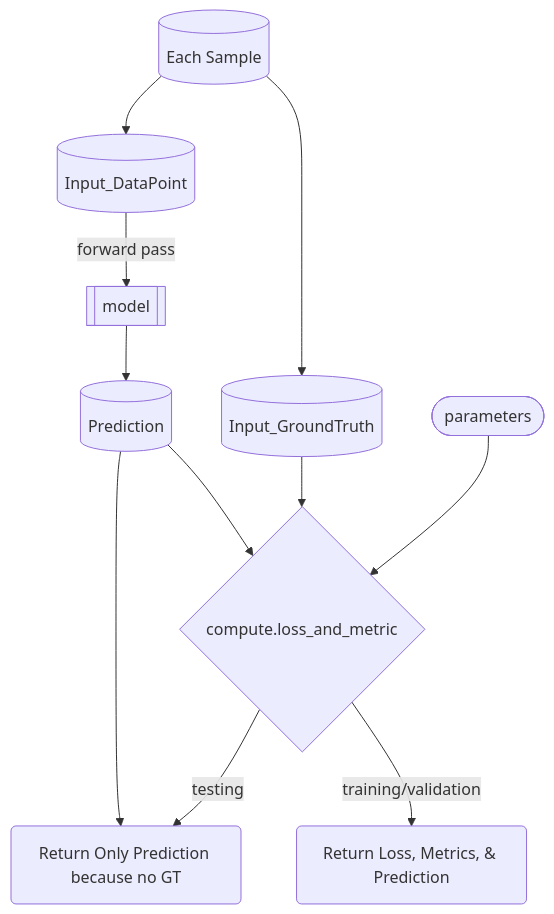
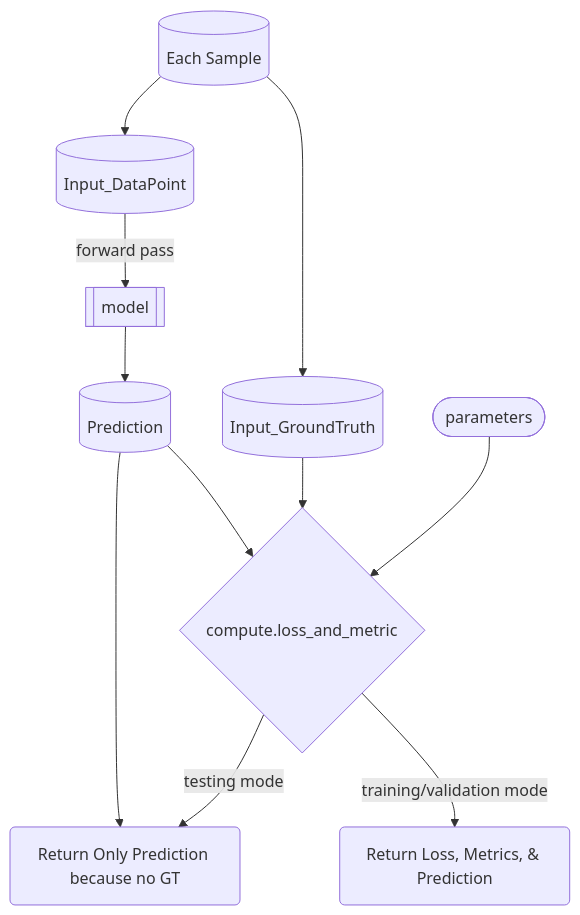
Before and after one commit to szmazurek/GaNDLF: the seventh of 8 diagrams in docs/flowchart.md, drawn with Mermaid. The commit also changed other lines of this file, not shown here.

````diff
--- a/docs/flowchart.md
+++ b/docs/flowchart.md
@@ -117,12 +115,12 @@
 ```mermaid
 flowchart TD
     Each_Sample --> Input_GroundTruth[(Input_GroundTruth)] -->type{compute.loss_and_metric}
     Each_Sample[(Each Sample)] -->Input_DataPoint
     Input_DataPoint[(Input_DataPoint)] -->|forward pass| model[[model]]
     model --> Prediction[(Prediction)]
     Prediction --> type{compute.loss_and_metric}
     parameters([parameters]) --> type
-    type -->|training/validation| loss(Return Loss, Metrics, & Prediction)
-    type -->|testing| inferences_metrics(Return Only Prediction because no GT)
+    type -->|training/validation mode| loss(Return Loss, Metrics, & Prediction)
+    type -->|testing mode| inferences_metrics(Return Only Prediction because no GT)
     Prediction --> inferences_metrics
 ```
````
